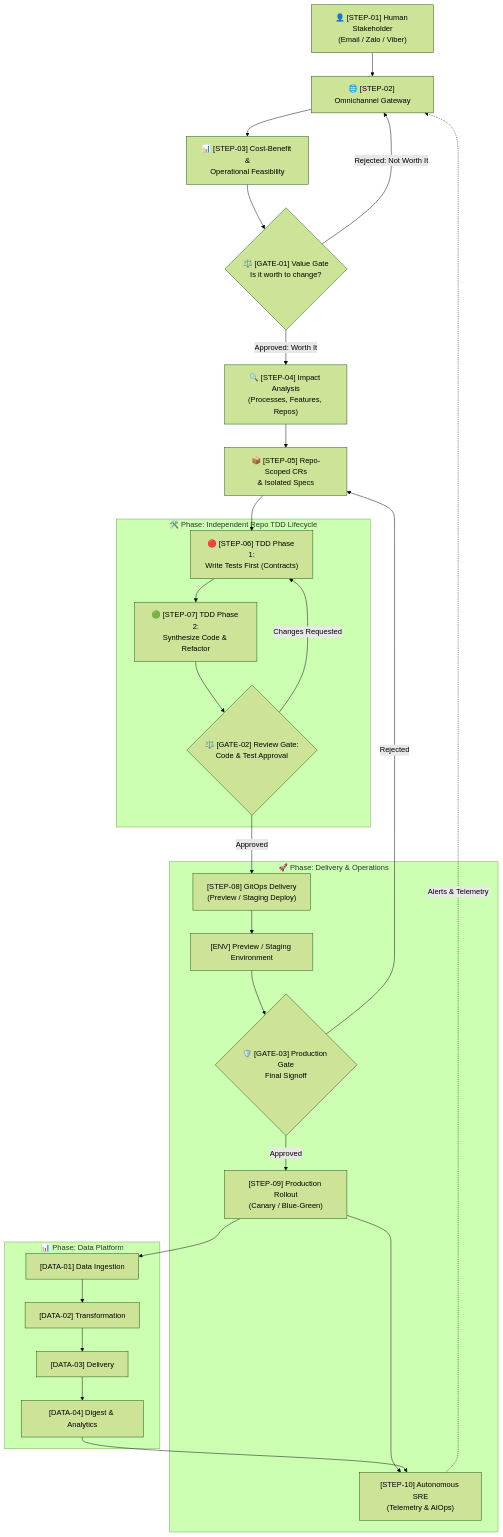
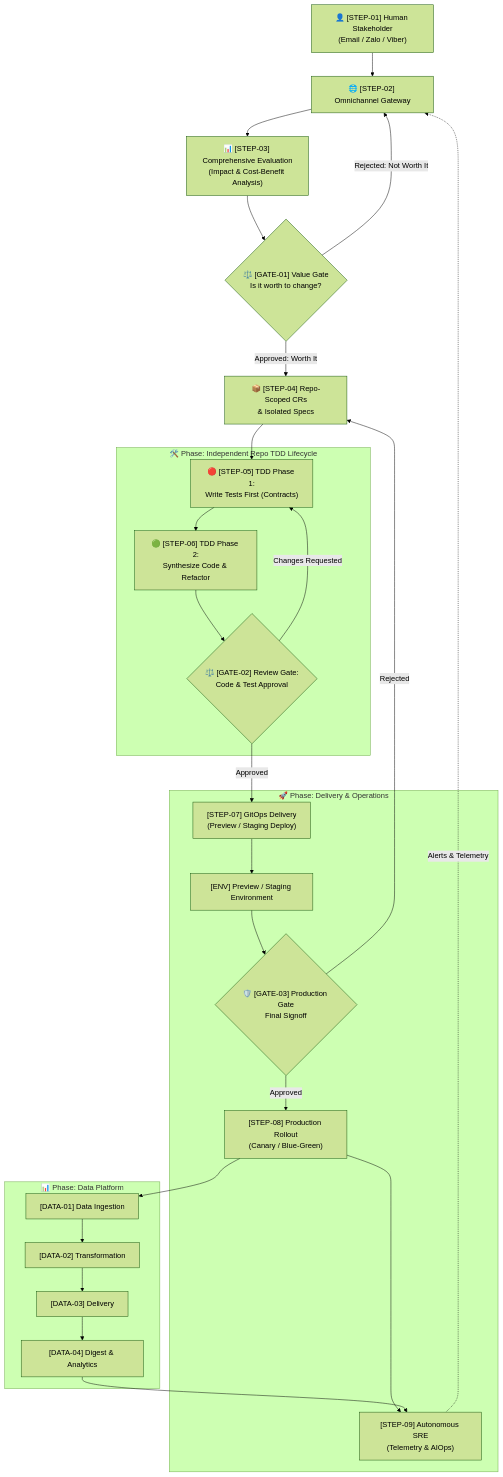
One commit to sonnormal/stratum-meta changed the diagram in docs/workflow.md. Above: the diagram before and after it, drawn with Mermaid (forest theme). The commit also changed other lines of this file and 1 other file, not shown here.

Commit message:
feat(workflow): merge impact and cost-benefit analysis into Step 3 and add change evaluation report template

````diff
--- a/docs/workflow.md
+++ b/docs/workflow.md
@@ -9,59 +9,57 @@
 ```mermaid
 graph TD
     User["👤 [STEP-01] Human Stakeholder<br/>(Email / Zalo / Viber)"]
     Gateway["🌐 [STEP-02] Omnichannel Gateway"]
-    CostBenefit["📊 [STEP-03] Cost-Benefit &<br/>Operational Feasibility"]
+    Evaluation["📊 [STEP-03] Comprehensive Evaluation<br/>(Impact & Cost-Benefit Analysis)"]
     Gate1{"⚖️ [GATE-01] Value Gate<br/>Is it worth to change?"}
-    ImpactAnalysis["🔍 [STEP-04] Impact Analysis<br/>(Processes, Features, Repos)"]
-    RepoDispatch["📦 [STEP-05] Repo-Scoped CRs<br/>& Isolated Specs"]
+    RepoDispatch["📦 [STEP-04] Repo-Scoped CRs<br/>& Isolated Specs"]
 
     User --> Gateway
-    Gateway --> CostBenefit
-    CostBenefit --> Gate1
-    Gate1 -->|"Approved: Worth It"| ImpactAnalysis
+    Gateway --> Evaluation
+    Evaluation --> Gate1
+    Gate1 -->|"Approved: Worth It"| RepoDispatch
     Gate1 -->|"Rejected: Not Worth It"| Gateway
-    ImpactAnalysis --> RepoDispatch
 
     subgraph TDDLifecycle ["🛠️ Phase: Independent Repo TDD Lifecycle"]
-        TestFirst["🔴 [STEP-06] TDD Phase 1:<br/>Write Tests First (Contracts)"]
-        CodeSynth["🟢 [STEP-07] TDD Phase 2:<br/>Synthesize Code & Refactor"]
+        TestFirst["🔴 [STEP-05] TDD Phase 1:<br/>Write Tests First (Contracts)"]
+        CodeSynth["🟢 [STEP-06] TDD Phase 2:<br/>Synthesize Code & Refactor"]
         Gate2{"⚖️ [GATE-02] Review Gate:<br/>Code & Test Approval"}
 
         TestFirst --> CodeSynth
         CodeSynth --> Gate2
         Gate2 -->|"Changes Requested"| TestFirst
     end
 
     RepoDispatch --> TestFirst
     Gate2 -->|"Approved"| GitOpsAgent
 
     subgraph DeliveryOps ["🚀 Phase: Delivery & Operations"]
-        GitOpsAgent["[STEP-08] GitOps Delivery<br/>(Preview / Staging Deploy)"]
+        GitOpsAgent["[STEP-07] GitOps Delivery<br/>(Preview / Staging Deploy)"]
         StagingDeploy["[ENV] Preview / Staging Environment"]
         Gate3{"🛡️ [GATE-03] Production Gate<br/>Final Signoff"}
-        ProdDeploy["[STEP-09] Production Rollout<br/>(Canary / Blue-Green)"]
-        AIOps["[STEP-10] Autonomous SRE<br/>(Telemetry & AIOps)"]
+        ProdDeploy["[STEP-08] Production Rollout<br/>(Canary / Blue-Green)"]
+        AIOps["[STEP-09] Autonomous SRE<br/>(Telemetry & AIOps)"]
 
         GitOpsAgent --> StagingDeploy
         StagingDeploy --> Gate3
         Gate3 -->|"Approved"| ProdDeploy
         ProdDeploy --> AIOps
     end
 
     Gate3 -->|"Rejected"| RepoDispatch
 
     subgraph DataLifecycle ["📊 Phase: Data Platform"]
         Ingest["[DATA-01] Data Ingestion"]
         Transform["[DATA-02] Transformation"]
         Delivery["[DATA-03] Delivery"]
         Digest["[DATA-04] Digest & Analytics"]
 
         Ingest --> Transform
         Transform --> Delivery
         Delivery --> Digest
     end
 
     ProdDeploy --> Ingest
     Digest --> AIOps
     AIOps -.->|"Alerts & Telemetry"| Gateway
 ```
````
